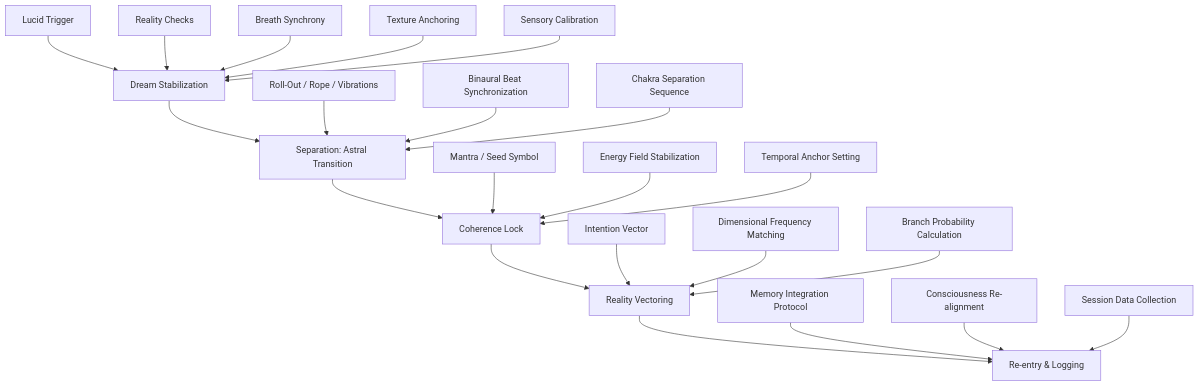
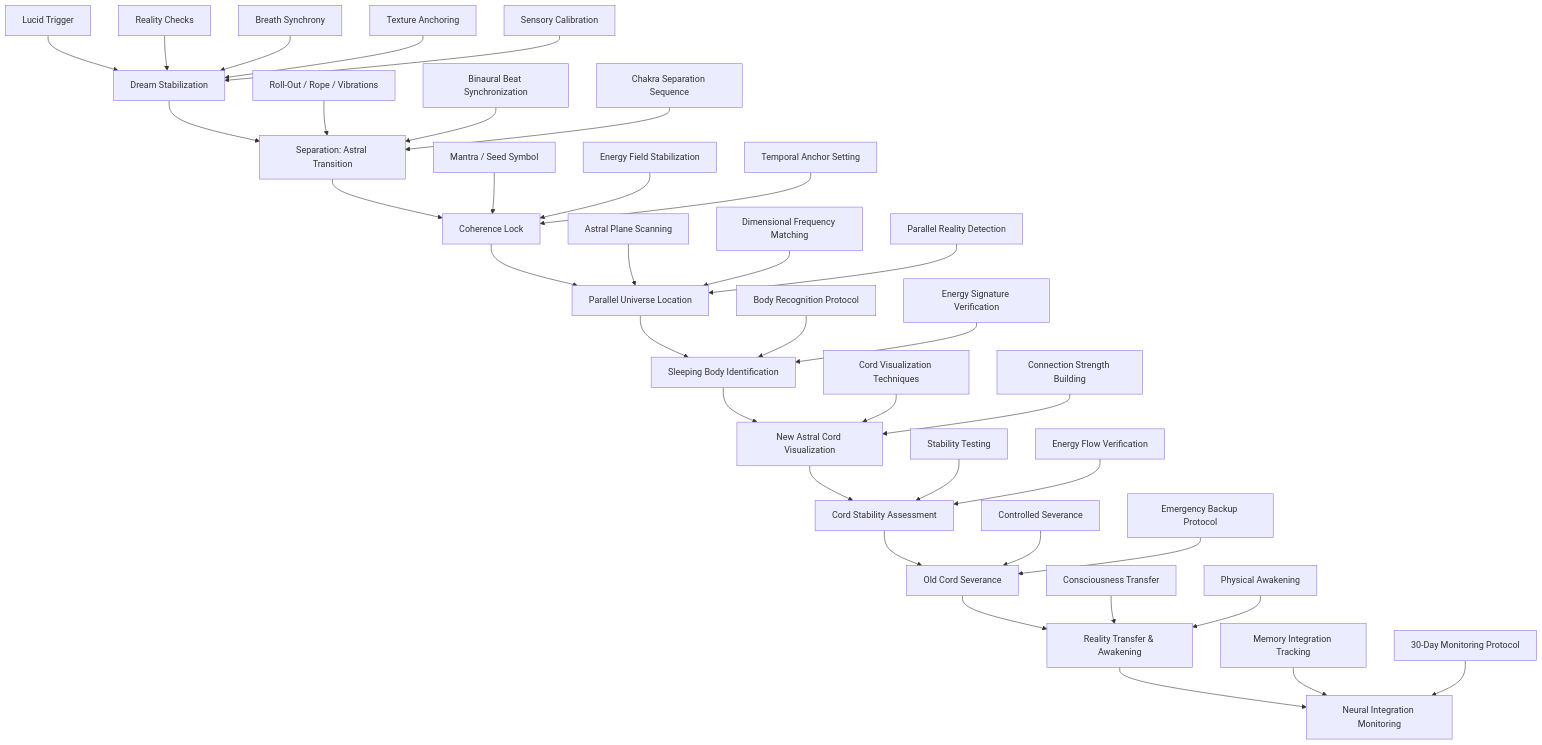
The first of 5 diagrams in examples/doc.md (Ralf12358/md2), drawn with Mermaid before and after one commit. The commit also changed other lines of this file and 4 other files, not shown here.

Commit message:
Correct mermaid sizes, again

````diff
--- a/examples/doc.md
+++ b/examples/doc.md
@@ -25,25 +25,39 @@
 ```mermaid
 flowchart TD
     A[Lucid Trigger] --> B[Dream Stabilization]
     B --> C[Separation: Astral Transition]
     C --> D[Coherence Lock]
-    D --> E[Reality Vectoring]
-    E --> F[Re-entry & Logging]
+    D --> E[Parallel Universe Location]
+    E --> F[Sleeping Body Identification]
+    F --> G[New Astral Cord Visualization]
+    G --> H[Cord Stability Assessment]
+    H --> I[Old Cord Severance]
+    I --> J[Reality Transfer & Awakening]
+    J --> K[Neural Integration Monitoring]
 
     B1[Reality Checks] --> B
     B2[Breath Synchrony] --> B
     B3[Texture Anchoring] --> B
     B4[Sensory Calibration] --> B
     C1[Roll-Out / Rope / Vibrations] --> C
     C2[Binaural Beat Synchronization] --> C
     C3[Chakra Separation Sequence] --> C
     D1[Mantra / Seed Symbol] --> D
     D2[Energy Field Stabilization] --> D
     D3[Temporal Anchor Setting] --> D
-    E1[Intention Vector] --> E
+    E1[Astral Plane Scanning] --> E
     E2[Dimensional Frequency Matching] --> E
-    E3[Branch Probability Calculation] --> E
-    F1[Memory Integration Protocol] --> F
-    F2[Consciousness Re-alignment] --> F
-    F3[Session Data Collection] --> F
+    E3[Parallel Reality Detection] --> E
+    F1[Body Recognition Protocol] --> F
+    F2[Energy Signature Verification] --> F
+    G1[Cord Visualization Techniques] --> G
+    G2[Connection Strength Building] --> G
+    H1[Stability Testing] --> H
+    H2[Energy Flow Verification] --> H
+    I1[Controlled Severance] --> I
+    I2[Emergency Backup Protocol] --> I
+    J1[Consciousness Transfer] --> J
+    J2[Physical Awakening] --> J
+    K1[Memory Integration Tracking] --> K
+    K2[30-Day Monitoring Protocol] --> K
 ```
````
